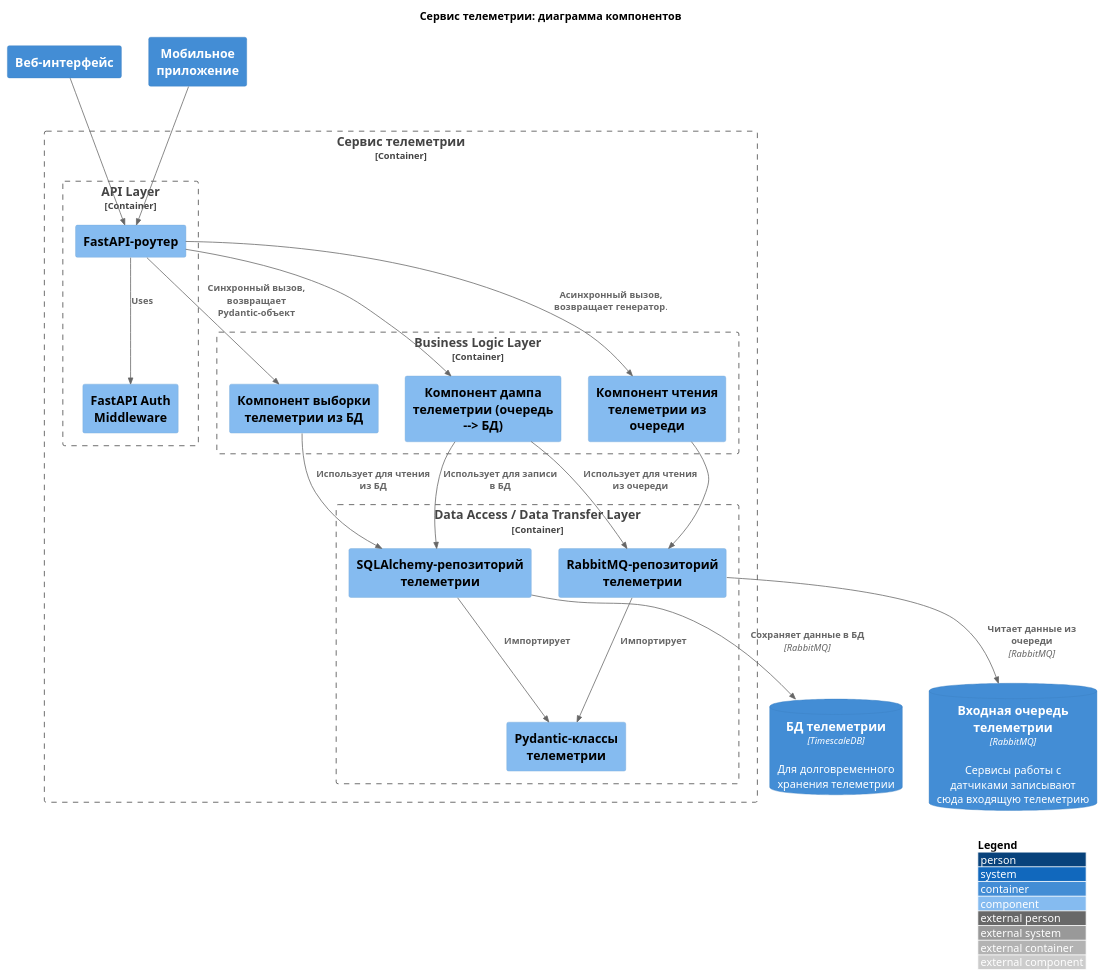
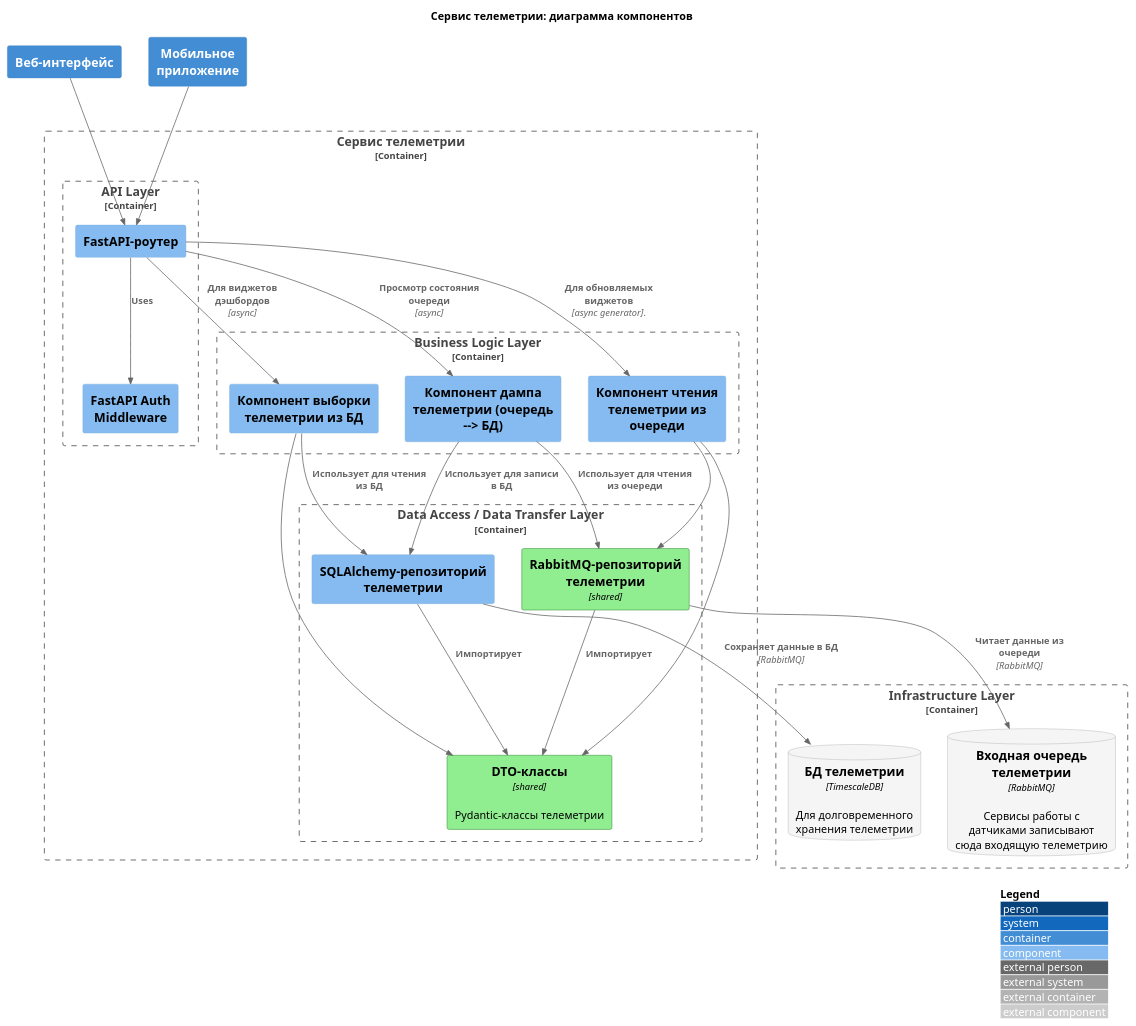
One commit to Felix-neko/architecture-pro-warmhouse changed the diagram in diagrams/task2/component_telemetry_service.puml. Above: the diagram before and after it, drawn with PlantUML. The commit also changed 5 other files, not shown here.

Commit message:
Дорабатываем диаграммки компонентов...

```diff
--- a/diagrams/task2/component_telemetry_service.puml
+++ b/diagrams/task2/component_telemetry_service.puml
@@ -1,58 +1,66 @@
 @startuml
 '!include https://raw.githubusercontent.com/plantuml-stdlib/C4-PlantUML/master/C4_Component.puml
 !include ../../../../C4-PlantUML/C4_Component.puml
+
+AddElementTag("shared", $bgColor="LightGreen", $borderColor="DarkGreen", $legendText="Разделяемые подсистемы")
+AddElementTag("third-party", $bgColor="#f5f5f5", $borderColor="DarkGray", $fontColor="Black", $legendText="Библиотеки сторонних производителей")
+
 
 LAYOUT_WITH_LEGEND()
 title Сервис телеметрии: диаграмма компонентов
 
 ' А как показать, что это внешние компоненты по отношению к компоненту телеметрии?
 Container(web_app, "Веб-интерфейс")
 Container(phone_app, "Мобильное приложение")
 
 
 Container_Boundary(telemetry_service, "Сервис телеметрии") {
     Container_Boundary(api_layer, "API Layer") {
         Component(fastapi_router, "FastAPI-роутер")
         Component(fastapi_auth, "FastAPI Auth Middleware")
 
         Rel(fastapi_router, fastapi_auth, "Uses")
     }
 
     Rel(web_app, fastapi_router, "")
     Rel(phone_app, fastapi_router, "")
 
     Container_Boundary(sevice_layer, "Business Logic Layer") {
         Component(telemetry_dump_component, "Компонент дампа телеметрии (очередь --> БД)")
         Component(telemetry_db_query_component, "Компонент выборки телеметрии из БД")
         Component(telemetry_queue_reading_component, "Компонент чтения телеметрии из очереди")
     }
 
-    Rel(fastapi_router, telemetry_dump_component, "")
-    Rel(fastapi_router, telemetry_queue_reading_component, "Асинхронный вызов, возвращает генератор").
-    Rel(fastapi_router, telemetry_db_query_component, "Синхронный вызов, возвращает Pydantic-объект")
+    Rel(fastapi_router, telemetry_dump_component, "Просмотр состояния очереди", "async")
+    Rel(fastapi_router, telemetry_queue_reading_component, "Для обновляемых виджетов", "async generator").
+
+    Rel(fastapi_router, telemetry_db_query_component, Для виджетов дэшбордов, "async")
 
 
     Container_Boundary(data_access_layer, "Data Access / Data Transfer Layer") {
-        Component(telemetry_dto, "Pydantic-классы телеметрии")
+        Component(telemetry_dto, "DTO-классы", "shared", Pydantic-классы телеметрии, $tags=shared)
         Component(telemetry_sqla_repo, "SQLAlchemy-репозиторий телеметрии")
-        Component(telemetry_queue_repo, "RabbitMQ-репозиторий телеметрии")
+        Component(telemetry_queue_repo, "RabbitMQ-репозиторий телеметрии", shared, $tags=shared)
 
         Rel(telemetry_sqla_repo, telemetry_dto, "Импортирует")
         Rel(telemetry_queue_repo, telemetry_dto, "Импортирует")
     }
+
+    Rel(telemetry_db_query_component, telemetry_dto, "")
+    Rel(telemetry_queue_reading_component, telemetry_dto, "")
 
     Rel(telemetry_dump_component, telemetry_queue_repo, "Использует для чтения из очереди")
     Rel(telemetry_dump_component, telemetry_sqla_repo, "Использует для записи в БД")
     Rel(telemetry_queue_reading_component, telemetry_queue_repo, "")
 
     Rel(telemetry_db_query_component, telemetry_sqla_repo, "Использует для чтения из БД")
 }
 
-
-ContainerDb(telemetry_input_queue, "Входная очередь телеметрии", "RabbitMQ", "Сервисы работы с датчиками записывают сюда входящую телеметрию")
-ContainerDb(telemetry_db, "БД телеметрии", "TimescaleDB", "Для долговременного хранения телеметрии")
-
+Container_Boundary(infra_layer, "Infrastructure Layer") {
+    ContainerDb(telemetry_input_queue, "Входная очередь телеметрии", "RabbitMQ", "Сервисы работы с датчиками записывают сюда входящую телеметрию", $tags=third-party)
+    ContainerDb(telemetry_db, "БД телеметрии", "TimescaleDB", "Для долговременного хранения телеметрии", $tags=third-party)
+}
 Rel(telemetry_queue_repo, telemetry_input_queue, "Читает данные из очереди", "RabbitMQ")
 Rel(telemetry_sqla_repo, telemetry_db, "Сохраняет данные в БД", "RabbitMQ")
 
 @enduml
```
